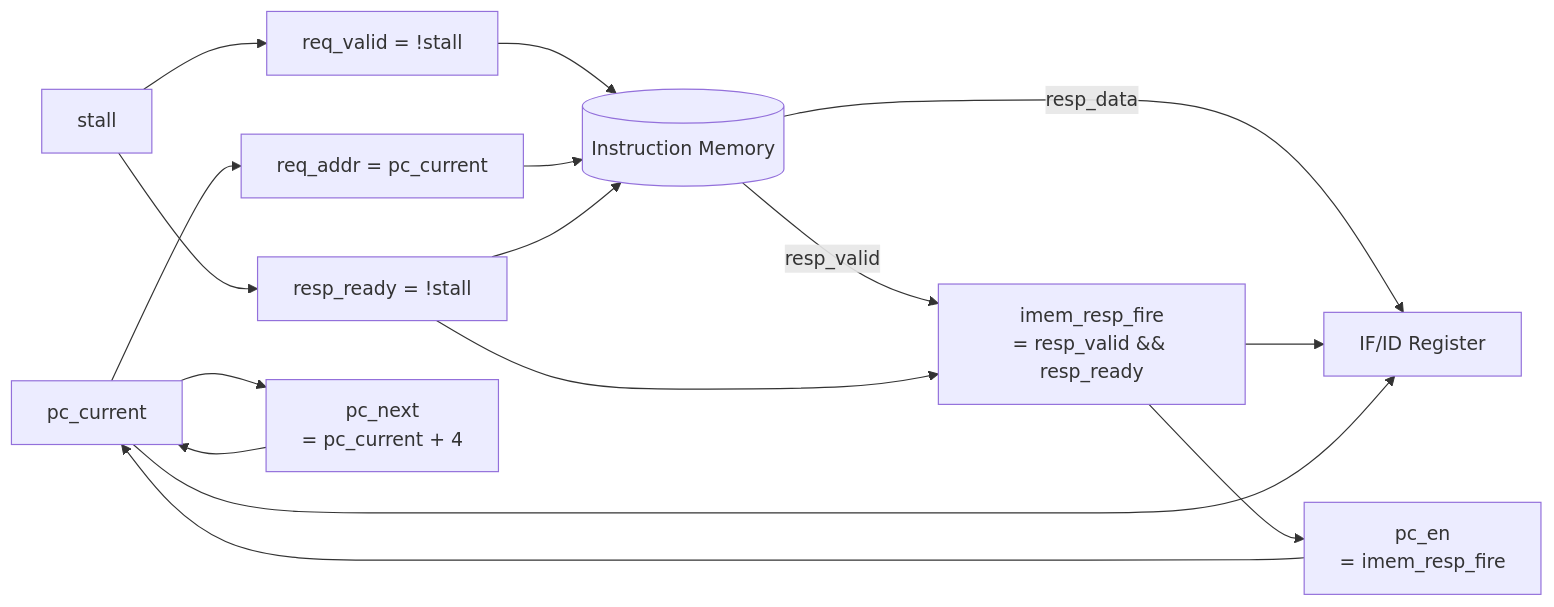
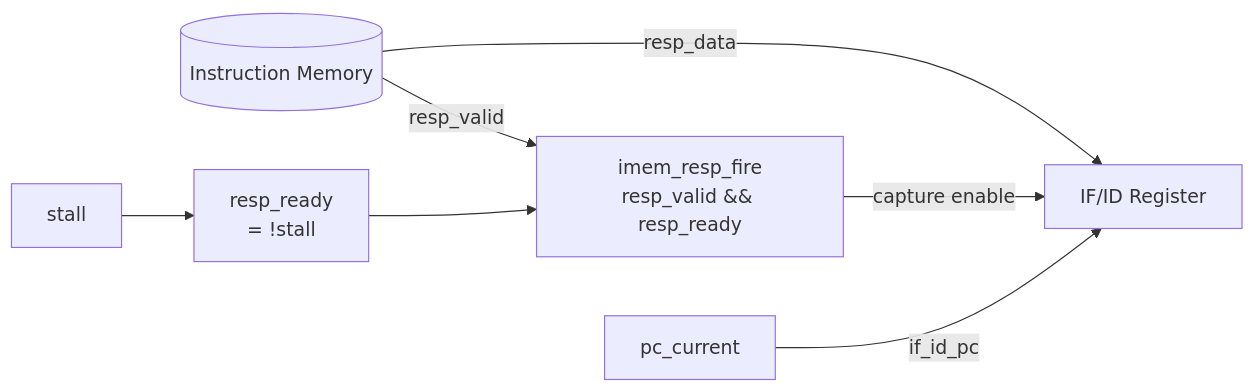
One commit to johmaru/ver_test changed the third of 11 diagrams in ARCHITECTURE.md. Above: the diagram before and after it, drawn with Mermaid. The commit also changed other lines of this file, not shown here.

Commit message:
Improve readability of fetch and IF/ID architecture diagrams

````diff
--- a/ARCHITECTURE.md
+++ b/ARCHITECTURE.md
@@ -106,35 +125,12 @@
 ```mermaid
 flowchart LR
-    PC["pc_current"]
-    STALL["stall"]
+    IMEM[(Instruction Memory)]
+    STALL["stall"] --> READY["resp_ready<br/>= !stall"]
 
-    REQ_VALID["req_valid = !stall"]
-    REQ_ADDR["req_addr = pc_current"]
-    RESP_READY["resp_ready = !stall"]
+    IMEM -->|resp_valid| FIRE["imem_resp_fire<br/>resp_valid && resp_ready"]
+    READY --> FIRE
 
-    IMEM[(Instruction Memory)]
-
-    FIRE["imem_resp_fire<br/>= resp_valid && resp_ready"]
-    PC_NEXT["pc_next<br/>= pc_current + 4"]
-    PC_EN["pc_en<br/>= imem_resp_fire"]
-    IFID["IF/ID Register"]
-
-    STALL --> REQ_VALID
-    STALL --> RESP_READY
-    PC --> REQ_ADDR
-
-    REQ_VALID --> IMEM
-    REQ_ADDR --> IMEM
-    IMEM -->|resp_valid| FIRE
-    RESP_READY --> FIRE
-    RESP_READY --> IMEM
-
-    IMEM -->|resp_data| IFID
-    FIRE --> IFID
-    PC --> IFID
-
-    PC --> PC_NEXT
-    FIRE --> PC_EN
-    PC_NEXT --> PC
-    PC_EN --> PC
+    IMEM -->|resp_data| IFID["IF/ID Register"]
+    FIRE -->|capture enable| IFID
+    PC["pc_current"] -->|if_id_pc| IFID
 ```
````
